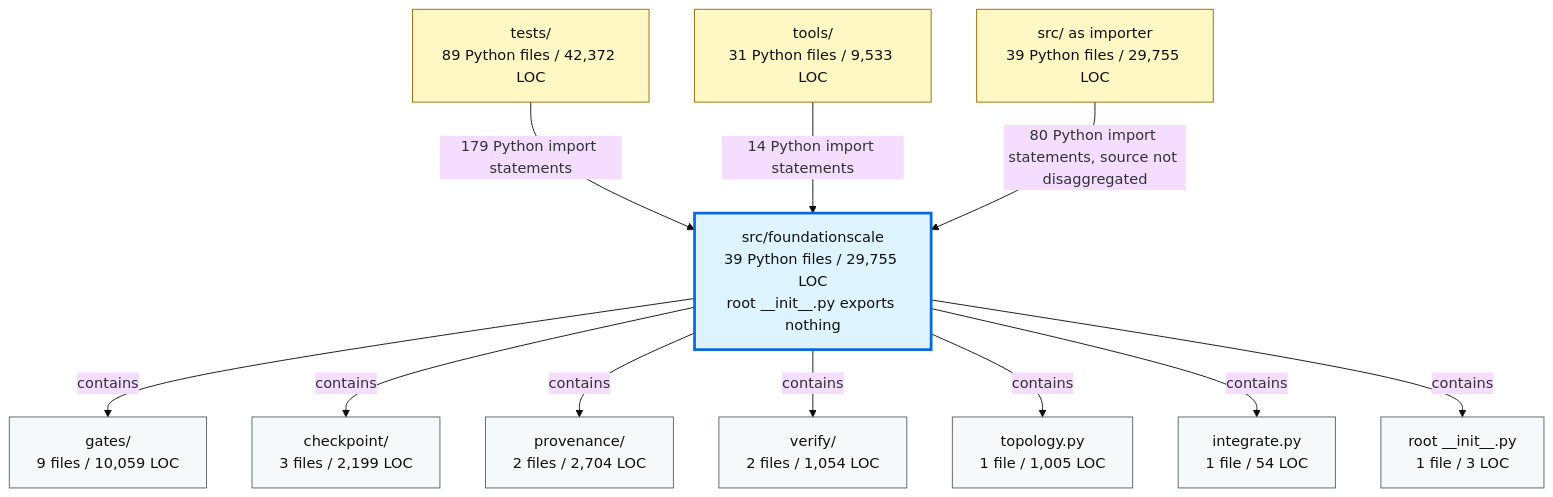
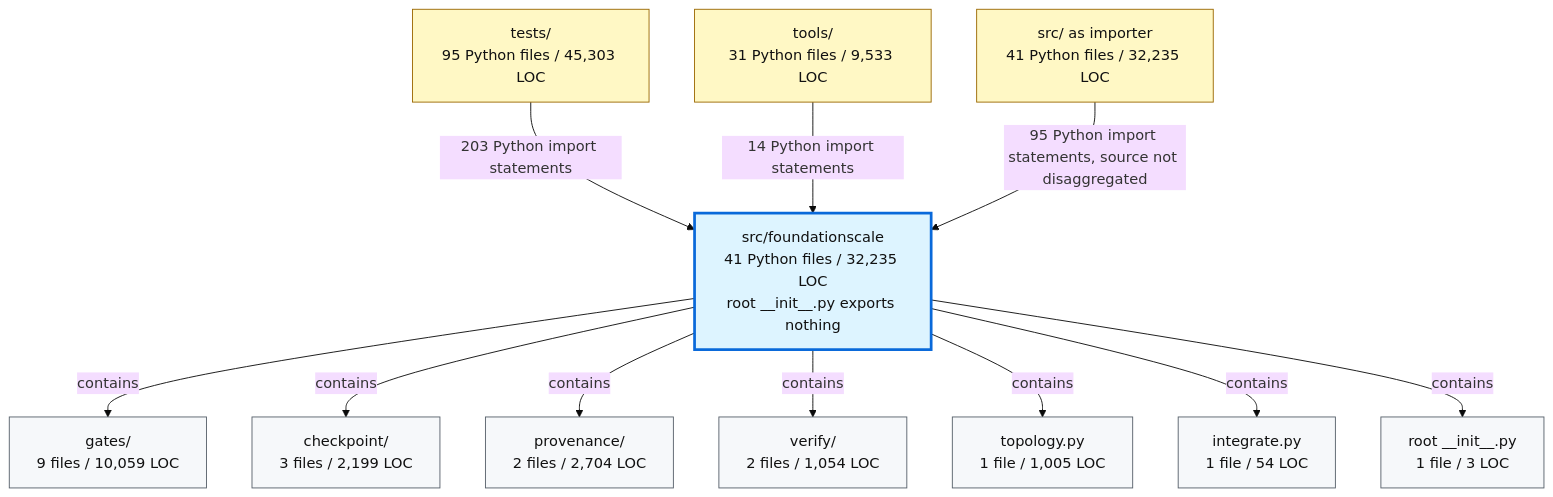
The second of 2 diagrams in docs/review/D2_current_architecture.md (TranNhiem/FoundationScale), drawn with Mermaid (base theme) before and after one commit. The commit also changed other lines of this file and 26 other files, not shown here.

````diff
--- a/docs/review/D2_current_architecture.md
+++ b/docs/review/D2_current_architecture.md
@@ -97,36 +97,36 @@
 ```mermaid
 flowchart TB
-  TESTS["tests/<br/>89 Python files / 42,372 LOC"]
+  TESTS["tests/<br/>95 Python files / 45,303 LOC"]
   TOOLS["tools/<br/>31 Python files / 9,533 LOC"]
-  SRC["src/ as importer<br/>39 Python files / 29,755 LOC"]
+  SRC["src/ as importer<br/>41 Python files / 32,235 LOC"]
 
-  FS["src/foundationscale<br/>39 Python files / 29,755 LOC<br/>root __init__.py exports nothing"]
+  FS["src/foundationscale<br/>41 Python files / 32,235 LOC<br/>root __init__.py exports nothing"]
 
   GATES["gates/<br/>9 files / 10,059 LOC"]
   CKPT["checkpoint/<br/>3 files / 2,199 LOC"]
   PROV["provenance/<br/>2 files / 2,704 LOC"]
   VERIFY["verify/<br/>2 files / 1,054 LOC"]
   TOPO["topology.py<br/>1 file / 1,005 LOC"]
   INTEG["integrate.py<br/>1 file / 54 LOC"]
   ROOT["root __init__.py<br/>1 file / 3 LOC"]
 
-  TESTS -->|"179 Python import statements"| FS
+  TESTS -->|"203 Python import statements"| FS
   TOOLS -->|"14 Python import statements"| FS
-  SRC -->|"80 Python import statements, source not disaggregated"| FS
+  SRC -->|"95 Python import statements, source not disaggregated"| FS
 
   FS -->|"contains"| GATES
   FS -->|"contains"| CKPT
   FS -->|"contains"| PROV
   FS -->|"contains"| VERIFY
   FS -->|"contains"| TOPO
   FS -->|"contains"| INTEG
   FS -->|"contains"| ROOT
 
   classDef consumer fill:#fff8c5,stroke:#9a6700,color:#111;
   classDef package fill:#ddf4ff,stroke:#0969da,stroke-width:3px,color:#111;
   classDef module fill:#f6f8fa,stroke:#57606a,color:#111;
 
   class TESTS,TOOLS,SRC consumer;
   class FS package;
   class GATES,CKPT,PROV,VERIFY,TOPO,INTEG,ROOT module;
 ```
````
